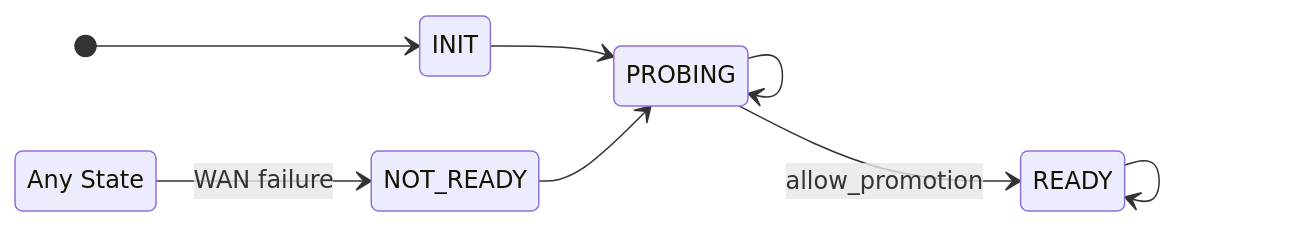
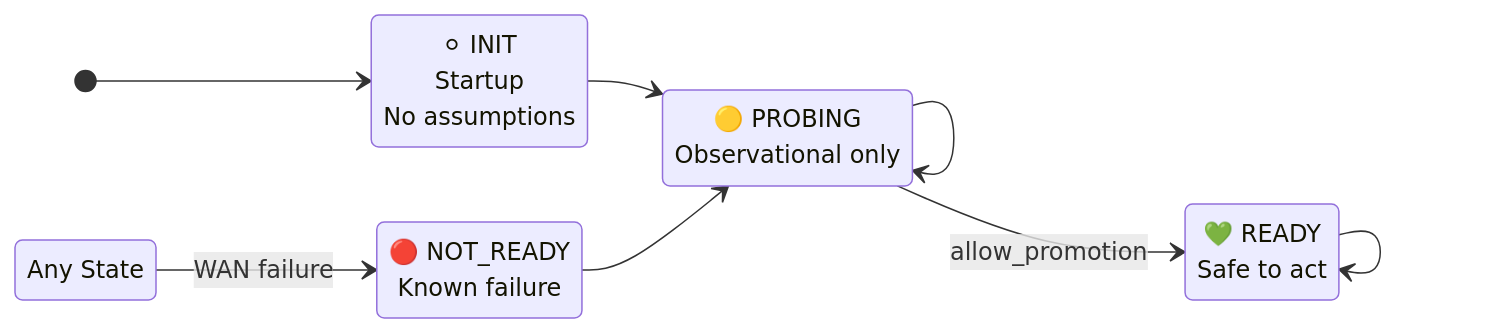
Before and after one commit to bkaewell/cloudflare-verified-ddns: the fourth of 5 diagrams in docs/ARCHITECTURE.md, drawn with Mermaid. The commit also changed other lines of this file, not shown here.

````diff
--- a/docs/ARCHITECTURE.md
+++ b/docs/ARCHITECTURE.md
@@ -142,18 +142,23 @@
 ```mermaid
 stateDiagram-v2
     direction LR
+
+    INIT: ⚪ INIT<br/>Startup<br/>No assumptions
+    PROBING: 🟡 PROBING<br/>Observational only
+    READY: 💚 READY<br/>Safe to act
+    NOT_READY: 🔴 NOT_READY<br/>Known failure
 
     [*] --> INIT
 
     INIT --> PROBING
     NOT_READY --> PROBING
 
     PROBING --> READY : allow_promotion
     PROBING --> PROBING
 
     READY --> READY
 
     %% Global failure invariant
     state "Any State" as ANY
     ANY --> NOT_READY : WAN failure
 ```
````
